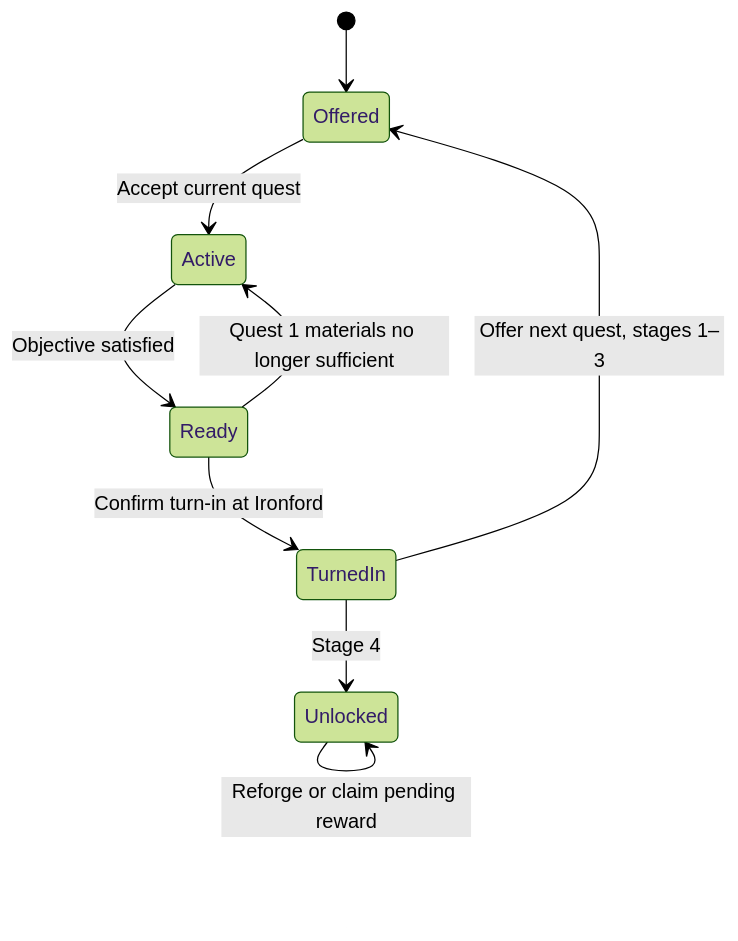
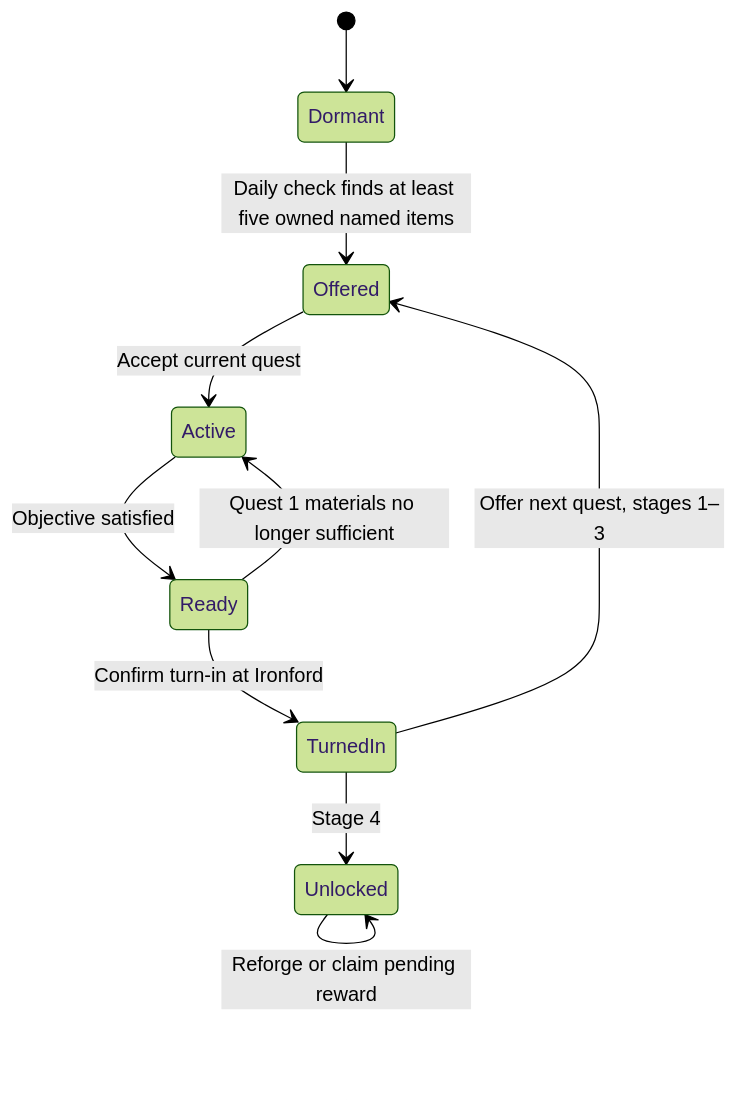
Before and after one commit to karmiphuc/ashen-company: the diagram in docs/LEGENDARY-BLACKSMITH-DESIGN.md, drawn with Mermaid (forest theme). The commit also changed other lines of this file, not shown here.

Commit message:
Gate blacksmith quest discovery on five named items checked daily

````diff
--- a/docs/LEGENDARY-BLACKSMITH-DESIGN.md
+++ b/docs/LEGENDARY-BLACKSMITH-DESIGN.md
@@ -51,11 +63,12 @@
 ```mermaid
 stateDiagram-v2
-    [*] --> Offered
+    [*] --> Dormant
+    Dormant --> Offered: Daily check finds at least five owned named items
     Offered --> Active: Accept current quest
     Active --> Ready: Objective satisfied
     Ready --> Active: Quest 1 materials no longer sufficient
     Ready --> TurnedIn: Confirm turn-in at Ironford
     TurnedIn --> Offered: Offer next quest, stages 1–3
     TurnedIn --> Unlocked: Stage 4
     Unlocked --> Unlocked: Reforge or claim pending reward
 ```
````
